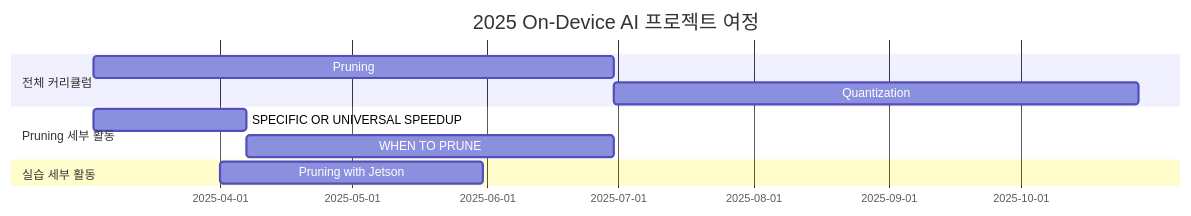
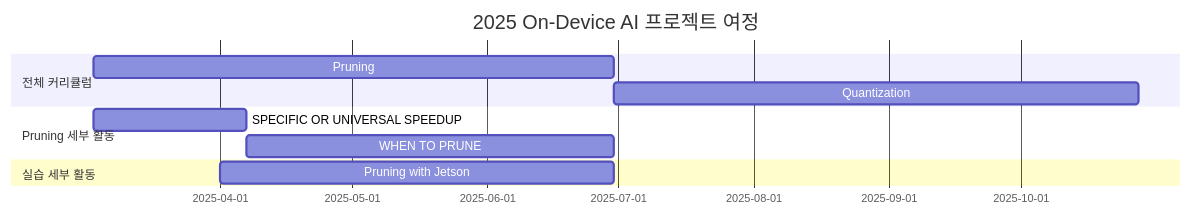
One commit to Pseudo-Lab/On-Device-AI_On-The-AIr changed the diagram in README.md. Above: the diagram before and after it, drawn with Mermaid.

Commit message:
Docs: README.md 수정

````diff
--- a/README.md
+++ b/README.md
@@ -49,14 +49,14 @@
 ```mermaid
 gantt
     title 2025 On-Device AI 프로젝트 여정
     section 전체 커리큘럼
     Pruning      :a1, 2025-03-03, 119d
     Quantization :a2, after a1, 120d
 
     section Pruning 세부 활동
     SPECIFIC OR UNIVERSAL SPEEDUP   :b1, 2025-03-03, 35d
     WHEN TO PRUNE                   :b2, after b1, 84d
 
     section 실습 세부 활동
-    Pruning with Jetson  :c1, 2025-04-01, 60d
+    Pruning with Jetson  :c1, 2025-04-01, 90d
 ```
````
